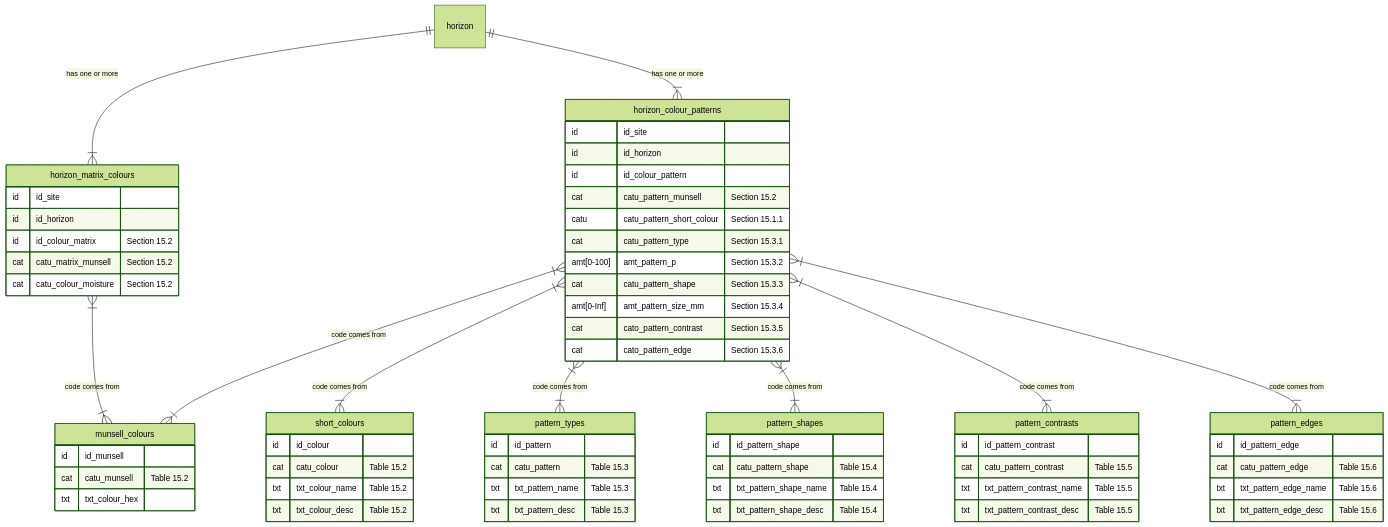
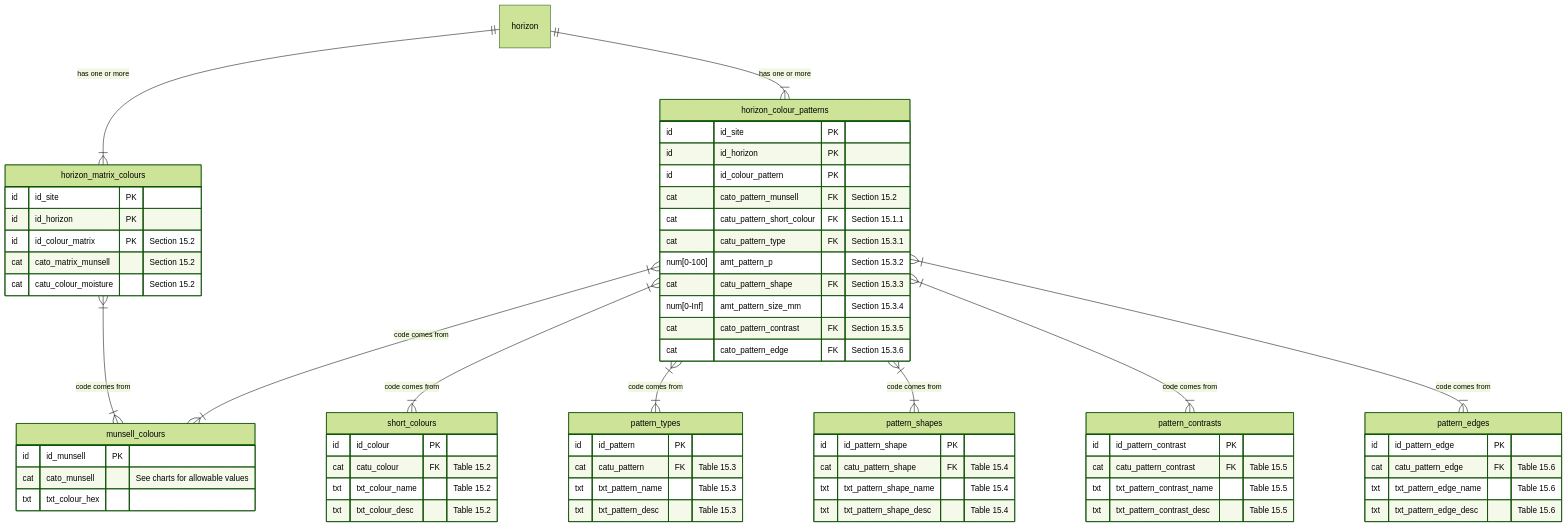
One commit to manaakiwhenua/NZ_soildesc_2024 changed diagram 13 of 25 in ap_03_database_design.qmd. Above: the diagram before and after it, drawn with Mermaid (forest theme). The commit also changed other lines of this file, not shown here.

```diff
--- a/ap_03_database_design.qmd
+++ b/ap_03_database_design.qmd
@@ -973,69 +983,69 @@
   horizon_colour_patterns }|--|{ pattern_edges : "code comes from"
   
   horizon_matrix_colours {
-    id          id_site
-    id          id_horizon
-    id          id_colour_matrix           "Section 15.2"
-    %% can also split into hue value chroma %%
-    cat         catu_matrix_munsell        "Section 15.2"
+    id          id_site PK
+    id          id_horizon PK
+    id          id_colour_matrix PK        "Section 15.2"
+    %% can also split into hue/value/chroma with subtables %%
+    cat         cato_matrix_munsell        "Section 15.2"
     %% no simple colours on the matrix!! %%
     cat         catu_colour_moisture       "Section 15.2"
   }
   
   horizon_colour_patterns {
-    id          id_site
-    id          id_horizon
-    id          id_colour_pattern
+    id          id_site PK
+    id          id_horizon PK
+    id          id_colour_pattern PK
     %% either %%
-    cat         catu_pattern_munsell    "Section 15.2"
+    cat         cato_pattern_munsell FK        "Section 15.2"
     %% or, %%
-    catu        catu_pattern_short_colour   "Section 15.1.1"
-    cat         catu_pattern_type           "Section 15.3.1"
-    amt[0-100]  amt_pattern_p               "Section 15.3.2"
-    cat         catu_pattern_shape          "Section 15.3.3"
-    amt[0-Inf]  amt_pattern_size_mm         "Section 15.3.4"
-    cat         cato_pattern_contrast       "Section 15.3.5"
-    cat         cato_pattern_edge           "Section 15.3.6"
+    cat         catu_pattern_short_colour FK   "Section 15.1.1"
+    cat         catu_pattern_type FK           "Section 15.3.1"
+    num[0-100]  amt_pattern_p                  "Section 15.3.2"
+    cat         catu_pattern_shape  FK         "Section 15.3.3"
+    num[0-Inf]  amt_pattern_size_mm            "Section 15.3.4"
+    cat         cato_pattern_contrast FK       "Section 15.3.5"
+    cat         cato_pattern_edge FK           "Section 15.3.6"
    }
  
   munsell_colours {
-    id          id_munsell
-    cat         catu_munsell              "Table 15.2"
+    id          id_munsell PK
+    cat         cato_munsell              "See charts for allowable values"
     %% optional but handy: %%
     txt         txt_colour_hex
   }  
    
   short_colours {
-    id          id_colour
-    cat         catu_colour               "Table 15.2"
+    id          id_colour PK
+    cat         catu_colour FK            "Table 15.2"
     txt         txt_colour_name           "Table 15.2"
     txt         txt_colour_desc           "Table 15.2"
   } 
 
   pattern_types {
-    id          id_pattern
-    cat         catu_pattern              "Table 15.3"
+    id          id_pattern PK
+    cat         catu_pattern FK           "Table 15.3"
     txt         txt_pattern_name          "Table 15.3"
     txt         txt_pattern_desc          "Table 15.3"
   } 
 
   pattern_shapes {
-    id          id_pattern_shape
-    cat         catu_pattern_shape        "Table 15.4"
+    id          id_pattern_shape PK
+    cat         catu_pattern_shape FK     "Table 15.4"
     txt         txt_pattern_shape_name    "Table 15.4"
     txt         txt_pattern_shape_desc    "Table 15.4"
   }
 
   pattern_contrasts {
-    id          id_pattern_contrast
-    cat         catu_pattern_contrast     "Table 15.5"
+    id          id_pattern_contrast PK
+    cat         catu_pattern_contrast FK  "Table 15.5"
     txt         txt_pattern_contrast_name "Table 15.5"
     txt         txt_pattern_contrast_desc "Table 15.5"
   }
   
   pattern_edges {
-    id          id_pattern_edge
-    cat         catu_pattern_edge         "Table 15.6"
+    id          id_pattern_edge PK
+    cat         catu_pattern_edge FK      "Table 15.6"
     txt         txt_pattern_edge_name     "Table 15.6"
     txt         txt_pattern_edge_desc     "Table 15.6"
   }
```
